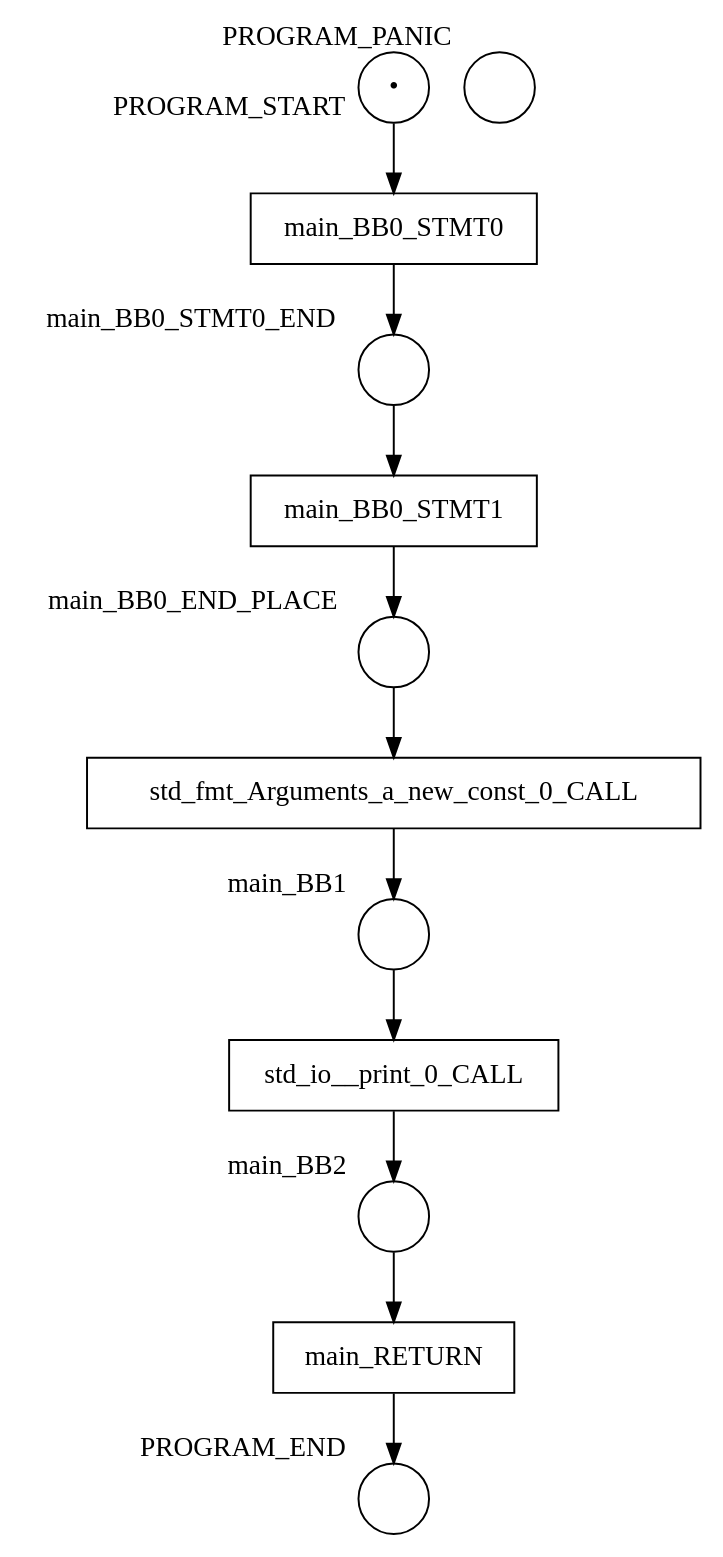
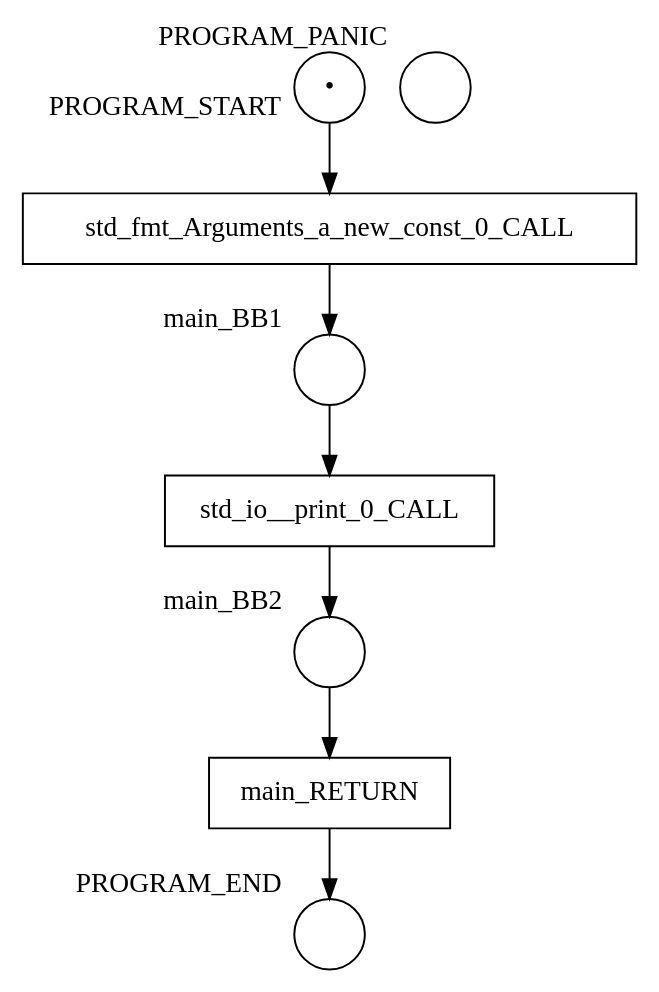
Before and after one commit to hlisdero/cargo-check-deadlock: the diagram in examples/results/basic/hello_world/net.dot, drawn with Graphviz. The commit also changed 57 other files, not shown here.

First line of the commit message:
Architectural change: Do not model MIR statements anymore.

```diff
--- a/examples/results/basic/hello_world/net.dot
+++ b/examples/results/basic/hello_world/net.dot
@@ -1,24 +1,16 @@
 digraph petrinet {
     PROGRAM_END [shape="circle" xlabel="PROGRAM_END" label=""];
     PROGRAM_PANIC [shape="circle" xlabel="PROGRAM_PANIC" label=""];
     PROGRAM_START [shape="circle" xlabel="PROGRAM_START" label="•"];
-    main_BB0_END_PLACE [shape="circle" xlabel="main_BB0_END_PLACE" label=""];
-    main_BB0_STMT0_END [shape="circle" xlabel="main_BB0_STMT0_END" label=""];
     main_BB1 [shape="circle" xlabel="main_BB1" label=""];
     main_BB2 [shape="circle" xlabel="main_BB2" label=""];
-    main_BB0_STMT0 [shape="box" xlabel="" label="main_BB0_STMT0"];
-    main_BB0_STMT1 [shape="box" xlabel="" label="main_BB0_STMT1"];
     main_RETURN [shape="box" xlabel="" label="main_RETURN"];
     std_fmt_Arguments_a_new_const_0_CALL [shape="box" xlabel="" label="std_fmt_Arguments_a_new_const_0_CALL"];
     std_io__print_0_CALL [shape="box" xlabel="" label="std_io__print_0_CALL"];
-    PROGRAM_START -> main_BB0_STMT0;
-    main_BB0_END_PLACE -> std_fmt_Arguments_a_new_const_0_CALL;
-    main_BB0_STMT0_END -> main_BB0_STMT1;
+    PROGRAM_START -> std_fmt_Arguments_a_new_const_0_CALL;
     main_BB1 -> std_io__print_0_CALL;
     main_BB2 -> main_RETURN;
-    main_BB0_STMT0 -> main_BB0_STMT0_END;
-    main_BB0_STMT1 -> main_BB0_END_PLACE;
     main_RETURN -> PROGRAM_END;
     std_fmt_Arguments_a_new_const_0_CALL -> main_BB1;
     std_io__print_0_CALL -> main_BB2;
 }
```
